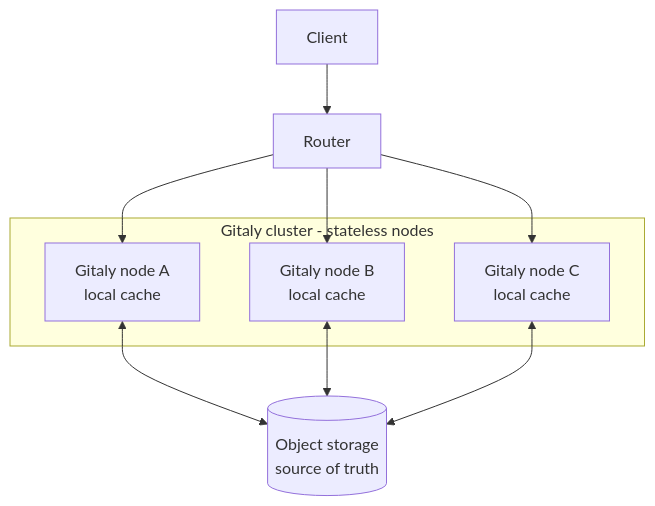
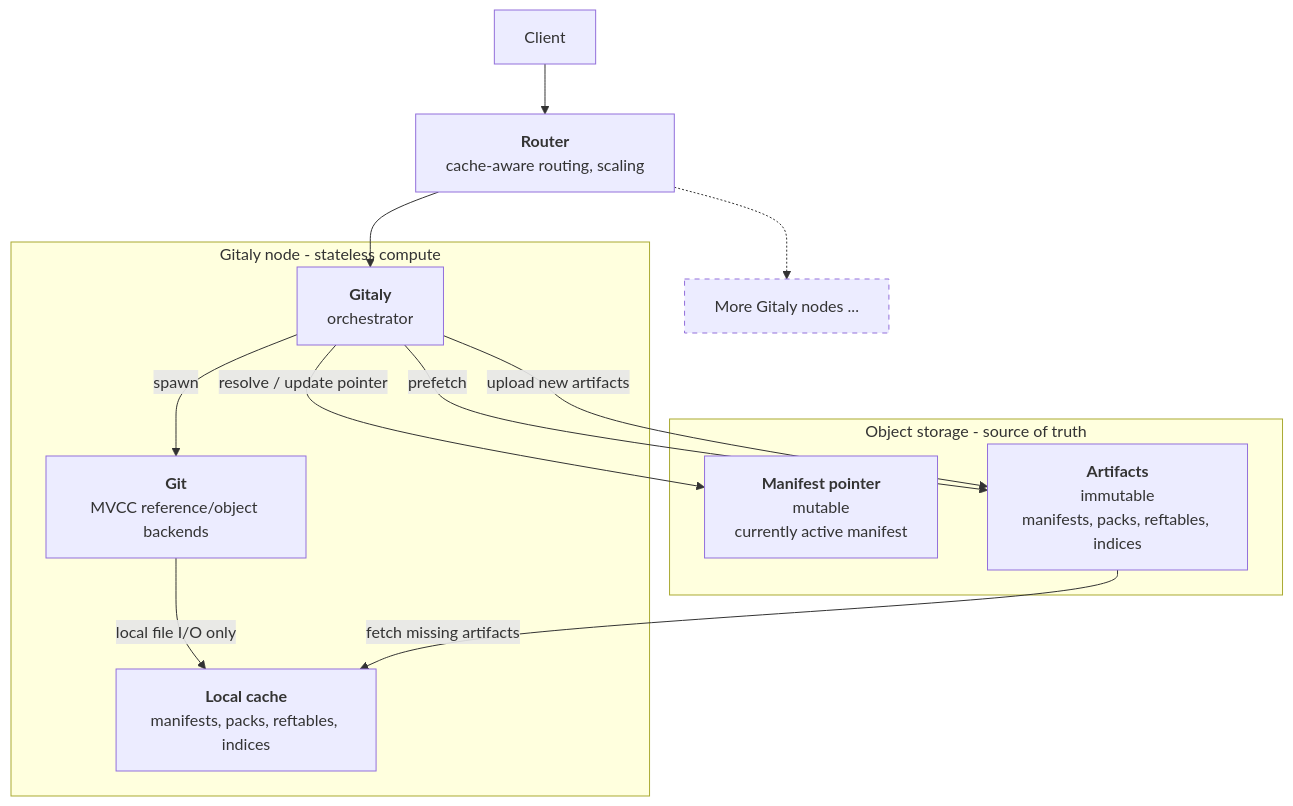
Before and after one commit to kyama0/gitlab-handbook-ja: the first of 5 diagrams in content/handbook/engineering/architecture/design-documents/scaling-git/_index.md, drawn with Mermaid. The commit also changed other lines of this file and 33 other files, not shown here.

````diff
--- a/content/handbook/engineering/architecture/design-documents/scaling-git/_index.md
+++ b/content/handbook/engineering/architecture/design-documents/scaling-git/_index.md
@@ -74,19 +74,29 @@
 ```mermaid
 flowchart TB
   client[Client]
-  router[Router]
-  subgraph cluster[Gitaly cluster - stateless nodes]
-    n1[Gitaly node A<br/>local cache]
-    n2[Gitaly node B<br/>local cache]
-    n3[Gitaly node C<br/>local cache]
+  router[<b>Router</b><br/>cache-aware routing, scaling]
+
+  subgraph node[Gitaly node - stateless compute]
+    gitaly[<b>Gitaly</b><br/>orchestrator]
+    git[<b>Git</b><br/>MVCC reference/object backends]
+    cache[<b>Local cache</b><br/>manifests, packs, reftables, indices]
   end
-  os[(Object storage<br/>source of truth)]
+  more[More Gitaly nodes ...]
+
+  subgraph os[Object storage - source of truth]
+    pointer[<b>Manifest pointer</b><br/>mutable<br/>currently active manifest]
+    artifacts[<b>Artifacts</b><br/>immutable<br/>manifests, packs, reftables, indices]
+  end
 
   client --> router
-  router --> n1
-  router --> n2
-  router --> n3
-  n1 <--> os
-  n2 <--> os
-  n3 <--> os
+  router --> gitaly
+  router -.-> more
+  gitaly -->|spawn| git
+  git -->|local file I/O only| cache
+  gitaly -->|resolve / update pointer| pointer
+  gitaly -->|prefetch| artifacts
+  artifacts -->|fetch missing artifacts| cache
+  gitaly -->|upload new artifacts| artifacts
+
+  style more stroke-dasharray: 5 5
 ```
````
